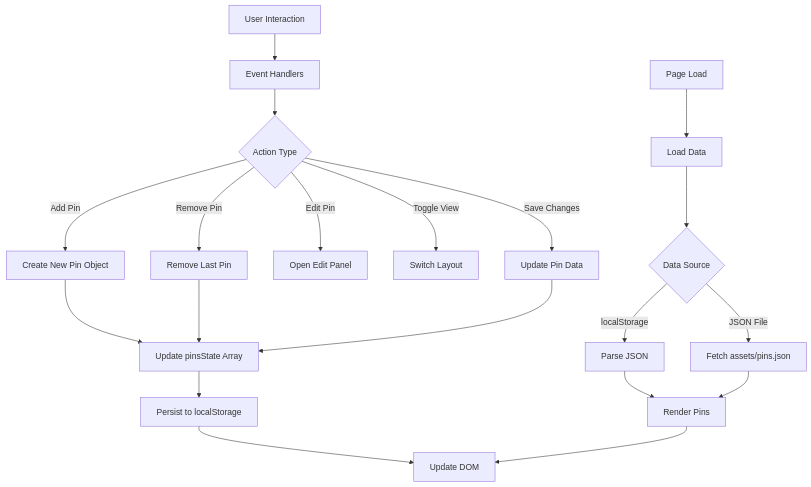
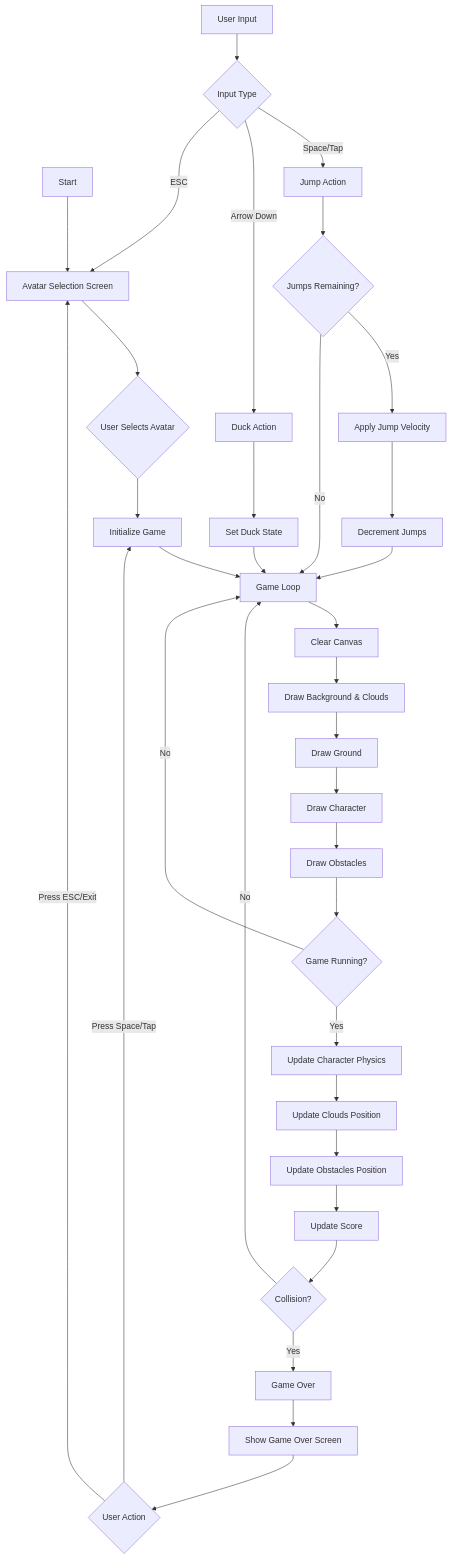
One commit to mattiapiatti/MAInD-Creative-Coding-Foundations-2025 changed the diagram in Assignmets/Assignment_02/README.md. Above: the diagram before and after it, drawn with Mermaid. The commit also changed other lines of this file and 4 other files, not shown here.

````diff
--- a/Assignmets/Assignment_02/README.md
+++ b/Assignmets/Assignment_02/README.md
@@ -26,26 +40,43 @@
 ```mermaid
-  graph TD
-    A[User Interaction] --> B[Event Handlers]
-    B --> C{Action Type}
-    C -->|Add Pin| D[Create New Pin Object]
-    C -->|Remove Pin| E[Remove Last Pin]
-    C -->|Edit Pin| F[Open Edit Panel]
-    C -->|Toggle View| G[Switch Layout]
-    C -->|Save Changes| H[Update Pin Data]
-
-    D --> I[Update pinsState Array]
-    E --> I
-    H --> I
-
-    I --> J[Persist to localStorage]
-    J --> K[Update DOM]
-
-    L[Page Load] --> M[Load Data]
-    M --> N{Data Source}
-    N -->|localStorage| O[Parse JSON]
-    N -->|JSON File| P[Fetch assets/pins.json]
-
-    O --> Q[Render Pins]
-    P --> Q
-    Q --> K
+graph TD
+    A[Start] --> B[Avatar Selection Screen]
+    B --> C{User Selects Avatar}
+    C --> D[Initialize Game]
+    
+    D --> E[Game Loop]
+    E --> F[Clear Canvas]
+    F --> G[Draw Background & Clouds]
+    G --> H[Draw Ground]
+    H --> I[Draw Character]
+    I --> J[Draw Obstacles]
+    
+    J --> K{Game Running?}
+    K -->|Yes| L[Update Character Physics]
+    L --> M[Update Clouds Position]
+    M --> N[Update Obstacles Position]
+    N --> O[Update Score]
+    O --> P{Collision?}
+    P -->|Yes| Q[Game Over]
+    P -->|No| E
+    
+    K -->|No| E
+    
+    Q --> R[Show Game Over Screen]
+    R --> S{User Action}
+    S -->|Press Space/Tap| D
+    S -->|Press ESC/Exit| B
+    
+    T[User Input] --> U{Input Type}
+    U -->|Space/Tap| V[Jump Action]
+    U -->|Arrow Down| W[Duck Action]
+    U -->|ESC| B
+    
+    V --> X{Jumps Remaining?}
+    X -->|Yes| Y[Apply Jump Velocity]
+    Y --> Z[Decrement Jumps]
+    Z --> E
+    X -->|No| E
+    
+    W --> AA[Set Duck State]
+    AA --> E
 ```
````
